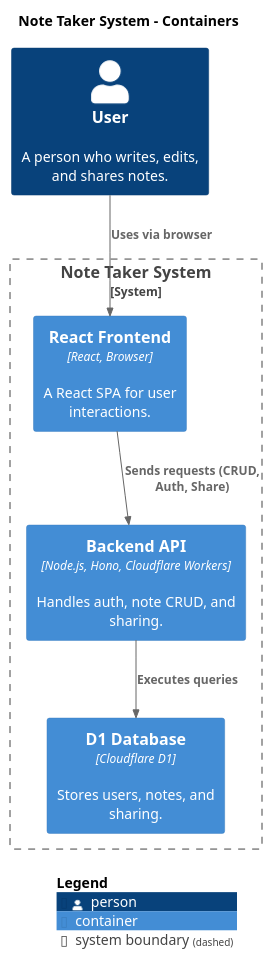
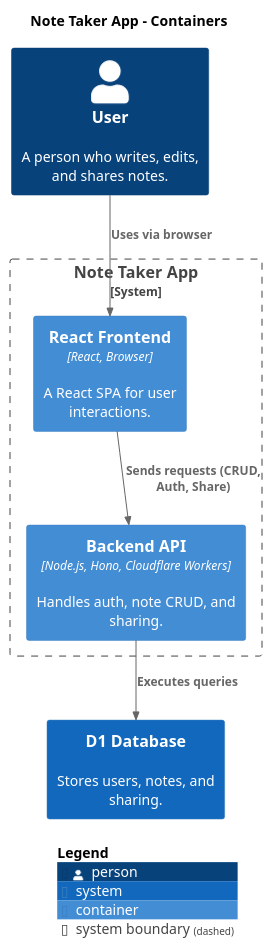
Before and after one commit to vukhanhtruong/note-taker: the diagram in master/puml/Containers.puml, drawn with PlantUML. The commit also changed 80 other files, not shown here.

```diff
--- a/master/puml/Containers.puml
+++ b/master/puml/Containers.puml
@@ -1,24 +1,24 @@
 @startuml
 set separator none
-title Note Taker System - Containers
+title Note Taker App - Containers
 
 top to bottom direction
 
 !include <C4/C4>
 !include <C4/C4_Context>
 !include <C4/C4_Container>
 
 Person(User, "User", $descr="A person who writes, edits, and shares notes.", $tags="", $link="")
+System(D1Database, "D1 Database", $descr="Stores users, notes, and sharing.", $tags="", $link="")
 
-System_Boundary("NoteTakerSystem_boundary", "Note Taker System", $tags="") {
-  Container(NoteTakerSystem.D1Database, "D1 Database", $techn="Cloudflare D1", $descr="Stores users, notes, and sharing.", $tags="", $link="")
-  Container(NoteTakerSystem.ReactFrontend, "React Frontend", $techn="React, Browser", $descr="A React SPA for user interactions.", $tags="", $link="")
-  Container(NoteTakerSystem.BackendAPI, "Backend API", $techn="Node.js, Hono, Cloudflare Workers", $descr="Handles auth, note CRUD, and sharing.", $tags="", $link="")
+System_Boundary("NoteTakerApp_boundary", "Note Taker App", $tags="") {
+  Container(NoteTakerApp.ReactFrontend, "React Frontend", $techn="React, Browser", $descr="A React SPA for user interactions.", $tags="", $link="")
+  Container(NoteTakerApp.BackendAPI, "Backend API", $techn="Node.js, Hono, Cloudflare Workers", $descr="Handles auth, note CRUD, and sharing.", $tags="", $link="")
 }
 
-Rel(User, NoteTakerSystem.ReactFrontend, "Uses via browser", $techn="", $tags="", $link="")
-Rel(NoteTakerSystem.ReactFrontend, NoteTakerSystem.BackendAPI, "Sends requests (CRUD, Auth, Share)", $techn="", $tags="", $link="")
-Rel(NoteTakerSystem.BackendAPI, NoteTakerSystem.D1Database, "Executes queries", $techn="", $tags="", $link="")
+Rel(User, NoteTakerApp.ReactFrontend, "Uses via browser", $techn="", $tags="", $link="")
+Rel(NoteTakerApp.ReactFrontend, NoteTakerApp.BackendAPI, "Sends requests (CRUD, Auth, Share)", $techn="", $tags="", $link="")
+Rel(NoteTakerApp.BackendAPI, D1Database, "Executes queries", $techn="", $tags="", $link="")
 
 SHOW_LEGEND(true)
 @enduml
```
